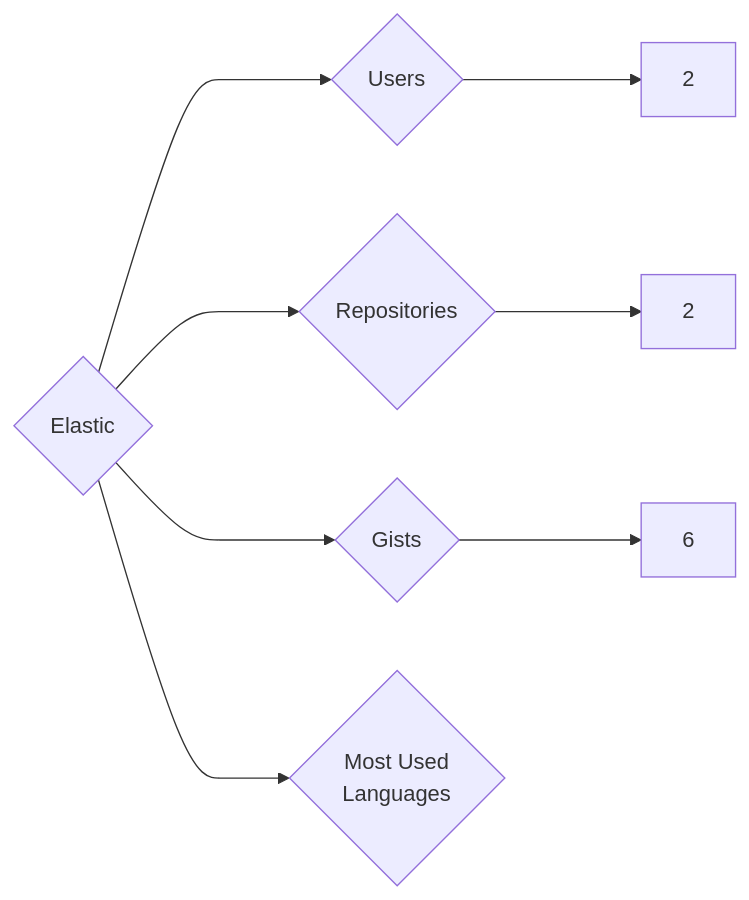
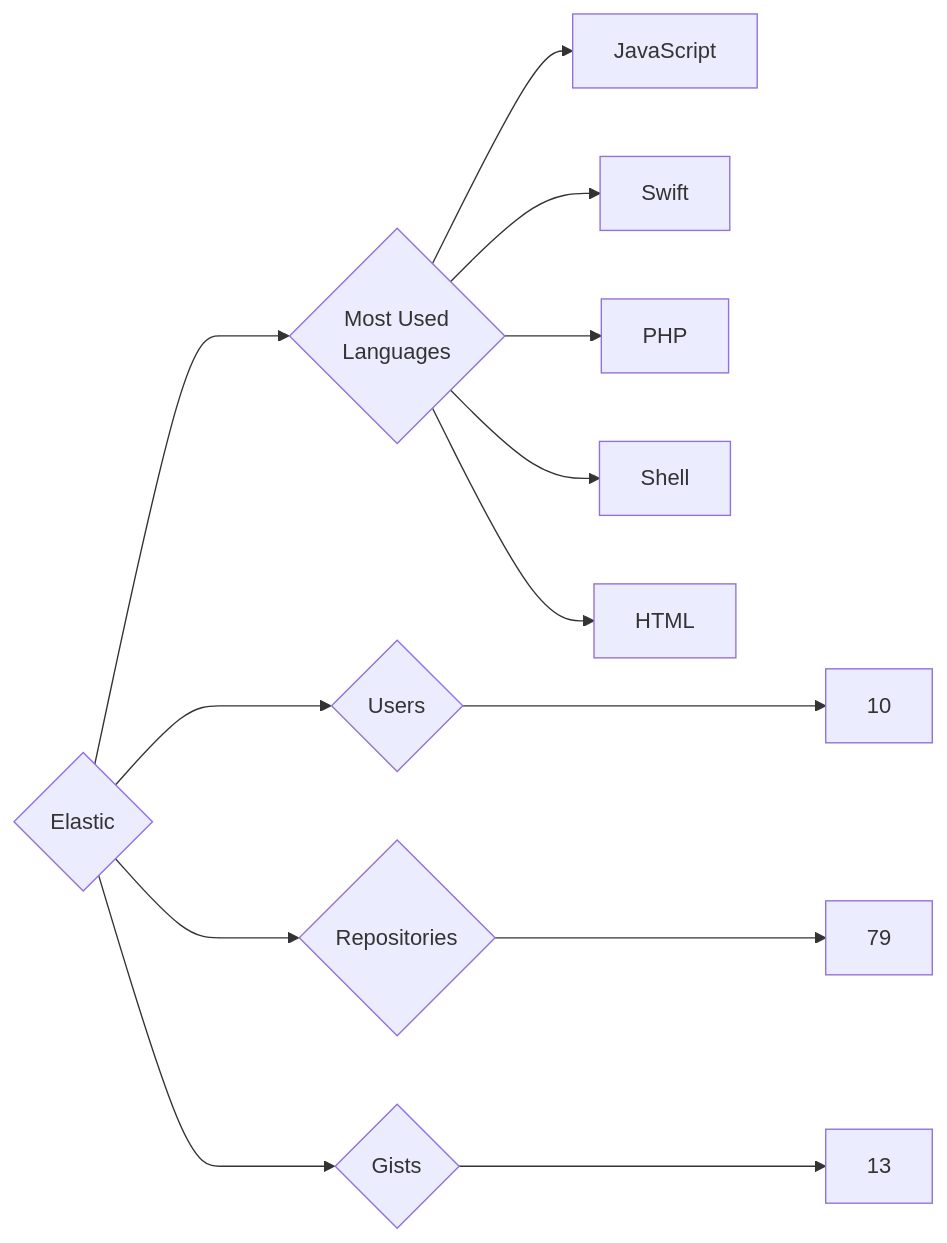
Before and after one commit to trickest/insiders: the diagram in targets/Elastic/README.md, drawn with Mermaid. The commit also changed 1003 other files, not shown here.

````diff
--- a/targets/Elastic/README.md
+++ b/targets/Elastic/README.md
@@ -3,8 +3,13 @@
 ```mermaid
 graph LR
 COMPANY_NAME{Elastic}
-COMPANY_NAME ---> U{Users} ---> UN[2]
-COMPANY_NAME ---> R{Repositories} ---> RN[2]
-COMPANY_NAME ---> G{Gists} ---> GN[6]
+COMPANY_NAME ---> U{Users} ---> UN[10]
+COMPANY_NAME ---> R{Repositories} ---> RN[79]
+COMPANY_NAME ---> G{Gists} ---> GN[13]
 COMPANY_NAME ---> ML{Most Used<br>Languages}
+ML --> JavaScript[JavaScript]
+ML --> Swift[Swift]
+ML --> PHP[PHP]
+ML --> Shell[Shell]
+ML --> HTML[HTML]
 ```
````
